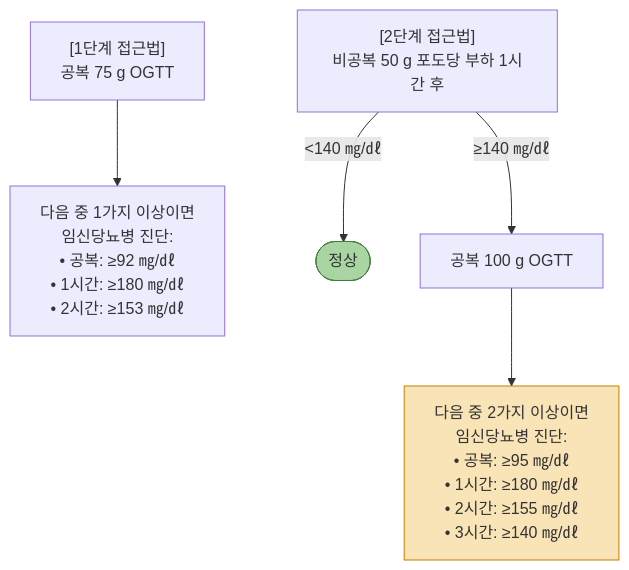
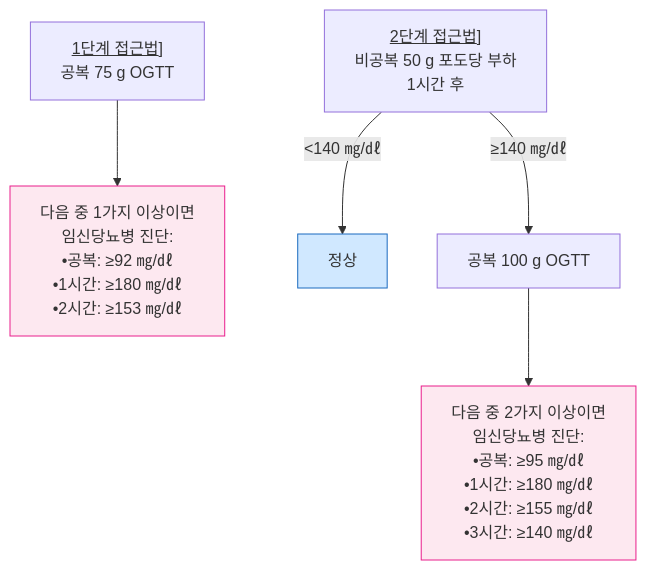
The fourth of 4 diagrams in 226_/100_-diabetes-mellitus.md (familyoh77/familyoh77), drawn with Mermaid before and after one commit. The commit also changed other lines of this file, not shown here.

````diff
--- a/226_/100_-diabetes-mellitus.md
+++ b/226_/100_-diabetes-mellitus.md
@@ -761,13 +757,14 @@
 ```mermaid
 graph TD
-    A["[1단계 접근법]<br/>공복 75 g OGTT"]
-    A --> F["다음 중 1가지 이상이면<br/>임신당뇨병 진단:<br/>• 공복: ≥92 ㎎/㎗<br/>• 1시간: ≥180 ㎎/㎗<br/>• 2시간: ≥153 ㎎/㎗"]
+    A["<u>1단계 접근법</u>]<br/>공복 75 g OGTT"]
+    A --> F["다음 중 1가지 이상이면<br/>임신당뇨병 진단:<br/>•공복: ≥92 ㎎/㎗<br/>•1시간: ≥180 ㎎/㎗<br/>•2시간: ≥153 ㎎/㎗"]
+    B["<u>2단계 접근법</u>]<br/>비공복 50 g 포도당 부하 <br/>1시간 후"]
+    B -->|"<140 ㎎/㎗"| D["정상"]
+    B -->|"≥140 ㎎/㎗"| E["공복 100 g OGTT"]
+    E --> G["다음 중 2가지 이상이면<br/>임신당뇨병 진단:<br/>•공복: ≥95 ㎎/㎗<br/>•1시간: ≥180 ㎎/㎗<br/>•2시간: ≥155 ㎎/㎗<br/>•3시간: ≥140 ㎎/㎗"]
+    
 
-    B["[2단계 접근법]<br/>비공복 50 g 포도당 부하 1시간 후"]
-    B -->|"<140 ㎎/㎗"| D(["정상"])
-    B -->|"≥140 ㎎/㎗"| E["공복 100 g OGTT"]
-    E --> G["다음 중 2가지 이상이면<br/>임신당뇨병 진단:<br/>• 공복: ≥95 ㎎/㎗<br/>• 1시간: ≥180 ㎎/㎗<br/>• 2시간: ≥155 ㎎/㎗<br/>• 3시간: ≥140 ㎎/㎗"]
-
-    style D fill:#a8d5a2,stroke:#4a7a44
-    style G fill:#f9e4b7,stroke:#c47f00
+classDef pink fill:#fde8f0,stroke:#e91e8c
+class F,G pink
+style D fill:#d0e8ff,stroke:#1a6abf
 ```
````
